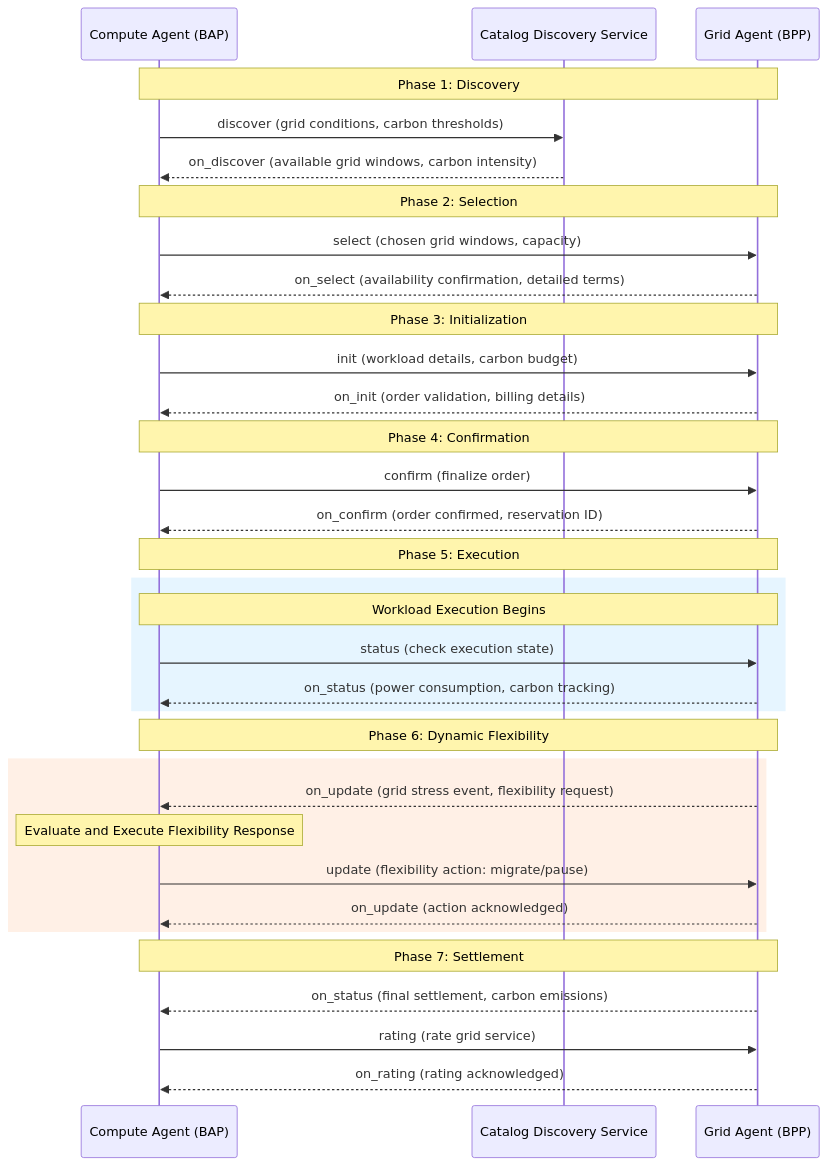
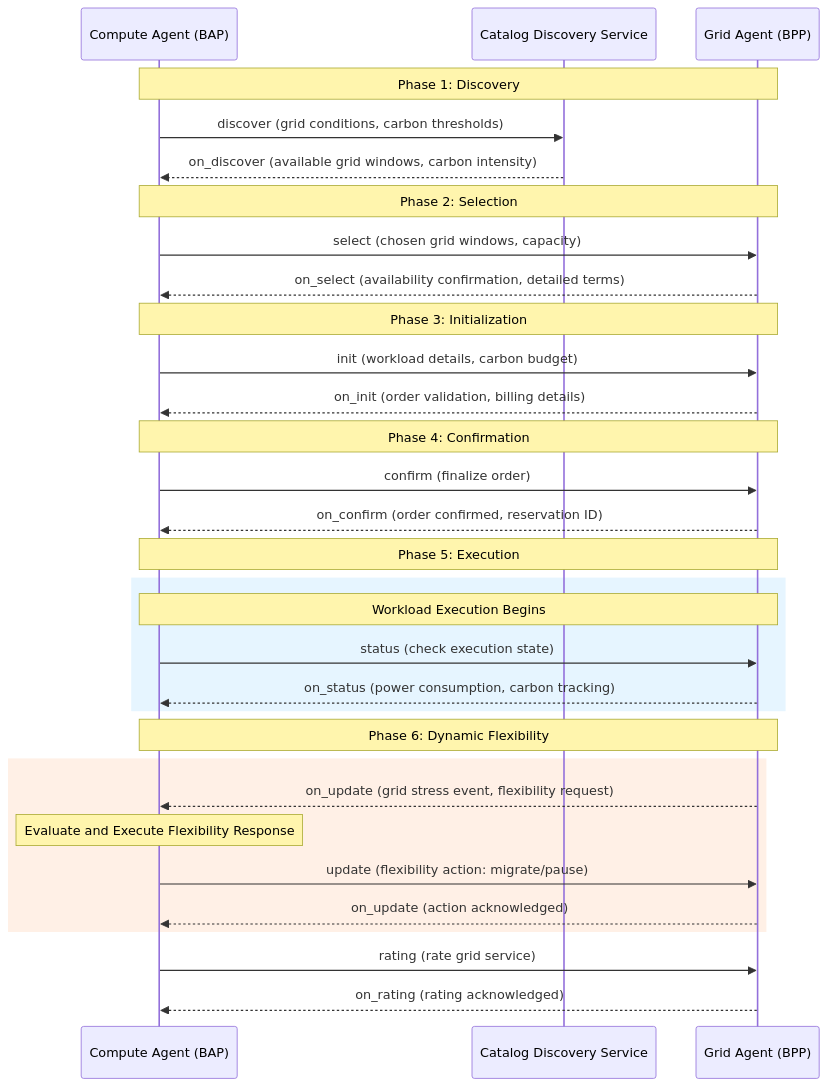
Before and after one commit to Beckn-One/DEG: the diagram in docs/implementation-guides/v2/Compute_Energy/Compute_Energy_V0.1-draft.md, drawn with Mermaid. The commit also changed other lines of this file and 2 other files, not shown here.

Commit message:
docs: removed settlement logic from the DF and CE implementation guide

````diff
--- a/docs/implementation-guides/v2/Compute_Energy/Compute_Energy_V0.1-draft.md
+++ b/docs/implementation-guides/v2/Compute_Energy/Compute_Energy_V0.1-draft.md
@@ -395,42 +391,40 @@
 ```mermaid
 sequenceDiagram
     participant CA as Compute Agent (BAP)
     participant CDS as Catalog Discovery Service
     participant GA as Grid Agent (BPP)
     
     Note over CA,GA: Phase 1: Discovery
     CA->>CDS: discover (grid conditions, carbon thresholds)
     CDS-->>CA: on_discover (available grid windows, carbon intensity)
     
     Note over CA,GA: Phase 2: Selection
     CA->>GA: select (chosen grid windows, capacity)
     GA-->>CA: on_select (availability confirmation, detailed terms)
     
     Note over CA,GA: Phase 3: Initialization
     CA->>GA: init (workload details, carbon budget)
     GA-->>CA: on_init (order validation, billing details)
     
     Note over CA,GA: Phase 4: Confirmation
     CA->>GA: confirm (finalize order)
     GA-->>CA: on_confirm (order confirmed, reservation ID)
     
     Note over CA,GA: Phase 5: Execution
     rect rgb(230, 245, 255)
         Note over CA,GA: Workload Execution Begins
         CA->>GA: status (check execution state)
         GA-->>CA: on_status (power consumption, carbon tracking)
     end
     
     Note over CA,GA: Phase 6: Dynamic Flexibility
     rect rgb(255, 240, 230)
         GA-->>CA: on_update (grid stress event, flexibility request)
         Note over CA: Evaluate and Execute Flexibility Response
         CA->>GA: update (flexibility action: migrate/pause)
         GA-->>CA: on_update (action acknowledged)
     end
     
-    Note over CA,GA: Phase 7: Settlement
-    GA-->>CA: on_status (final settlement, carbon emissions)
     CA->>GA: rating (rate grid service)
     GA-->>CA: on_rating (rating acknowledged)
 ```
````
